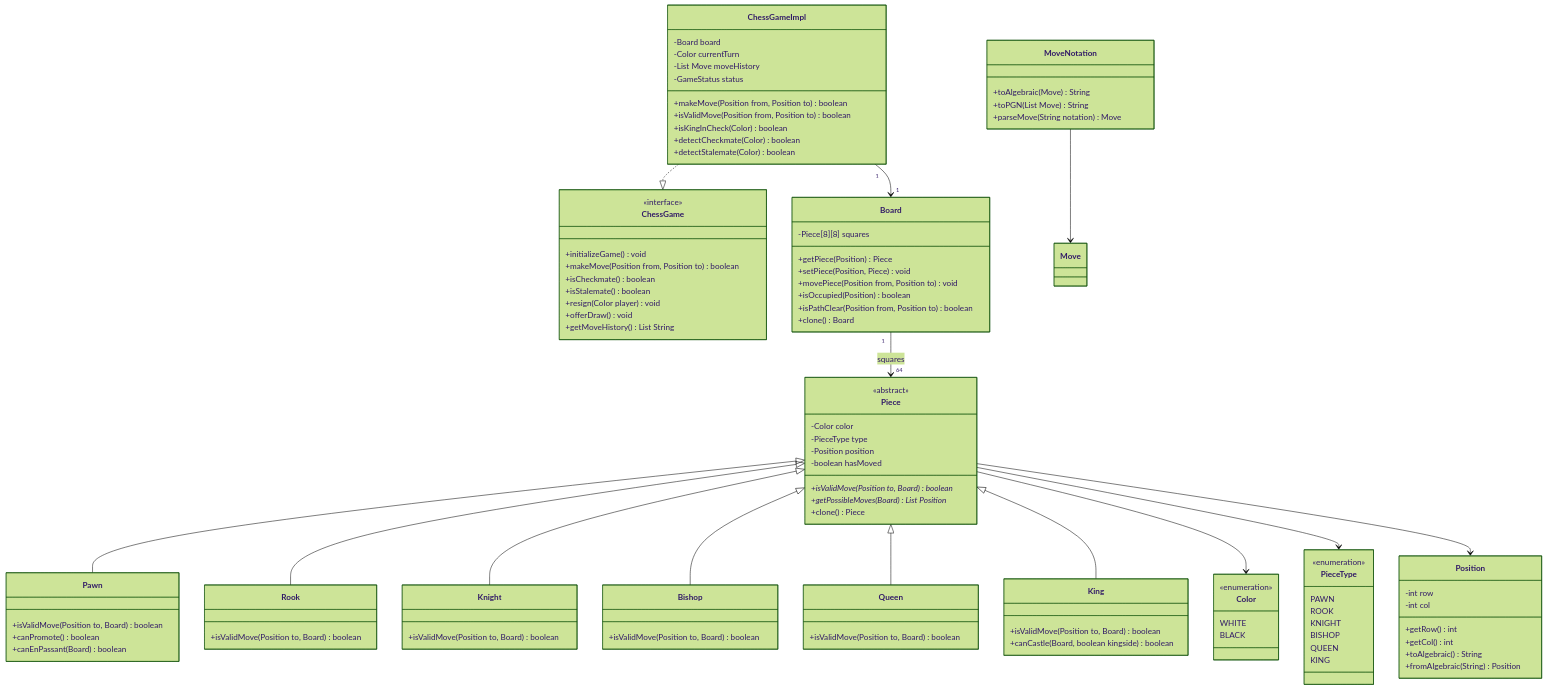
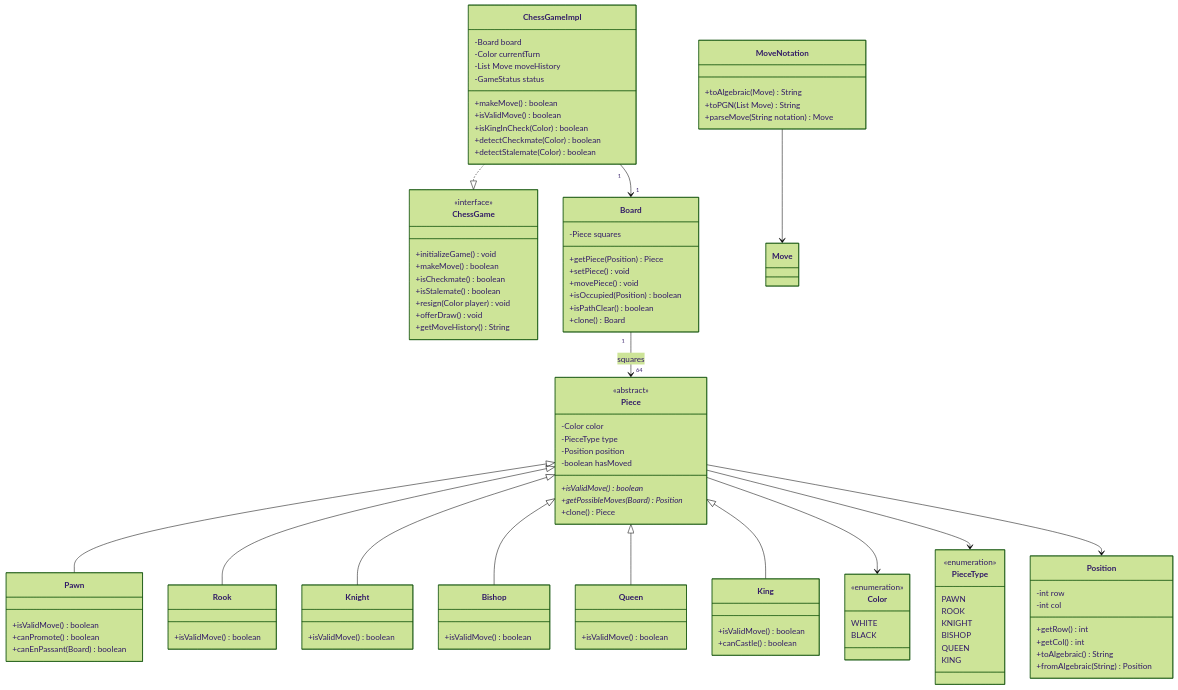
One commit to dlkr18/lld-playbook changed the diagram in docs/problems/chess/README.md. Above: the diagram before and after it, drawn with Mermaid (forest theme). The commit also changed 29 other files, not shown here.

First line of the commit message:
Fix Mermaid rendering: downgrade to v9, aggressive classDiagram sanitization.

```diff
--- a/docs/problems/chess/README.md
+++ b/docs/problems/chess/README.md
@@ -139,12 +139,12 @@
     class ChessGame {
         <<interface>>
         +initializeGame() void
-        +makeMove(Position from, Position to) boolean
+        +makeMove() boolean
         +isCheckmate() boolean
         +isStalemate() boolean
         +resign(Color player) void
         +offerDraw() void
-        +getMoveHistory() List String
+        +getMoveHistory() String
     }
 
     class ChessGameImpl {
@@ -152,20 +152,20 @@
         -Color currentTurn
         -List Move moveHistory
         -GameStatus status
-        +makeMove(Position from, Position to) boolean
-        +isValidMove(Position from, Position to) boolean
+        +makeMove() boolean
+        +isValidMove() boolean
         +isKingInCheck(Color) boolean
         +detectCheckmate(Color) boolean
         +detectStalemate(Color) boolean
     }
 
     class Board {
-        -Piece[8][8] squares
+        -Piece squares
         +getPiece(Position) Piece
-        +setPiece(Position, Piece) void
-        +movePiece(Position from, Position to) void
+        +setPiece() void
+        +movePiece() void
         +isOccupied(Position) boolean
-        +isPathClear(Position from, Position to) boolean
+        +isPathClear() boolean
         +clone() Board
     }
 
@@ -175,8 +175,8 @@
         -PieceType type
         -Position position
         -boolean hasMoved
-        +isValidMove(Position to, Board) boolean*
-        +getPossibleMoves(Board) List Position*
+        +isValidMove() boolean*
+        +getPossibleMoves(Board) Position*
         +clone() Piece
     }
 
@@ -196,30 +196,30 @@
     }
 
     class Pawn {
-        +isValidMove(Position to, Board) boolean
+        +isValidMove() boolean
         +canPromote() boolean
         +canEnPassant(Board) boolean
     }
 
     class Rook {
-        +isValidMove(Position to, Board) boolean
+        +isValidMove() boolean
     }
 
     class Knight {
-        +isValidMove(Position to, Board) boolean
+        +isValidMove() boolean
     }
 
     class Bishop {
-        +isValidMove(Position to, Board) boolean
+        +isValidMove() boolean
     }
 
     class Queen {
-        +isValidMove(Position to, Board) boolean
+        +isValidMove() boolean
     }
 
     class King {
-        +isValidMove(Position to, Board) boolean
-        +canCastle(Board, boolean kingside) boolean
+        +isValidMove() boolean
+        +canCastle() boolean
     }
 
     class Color {
```
